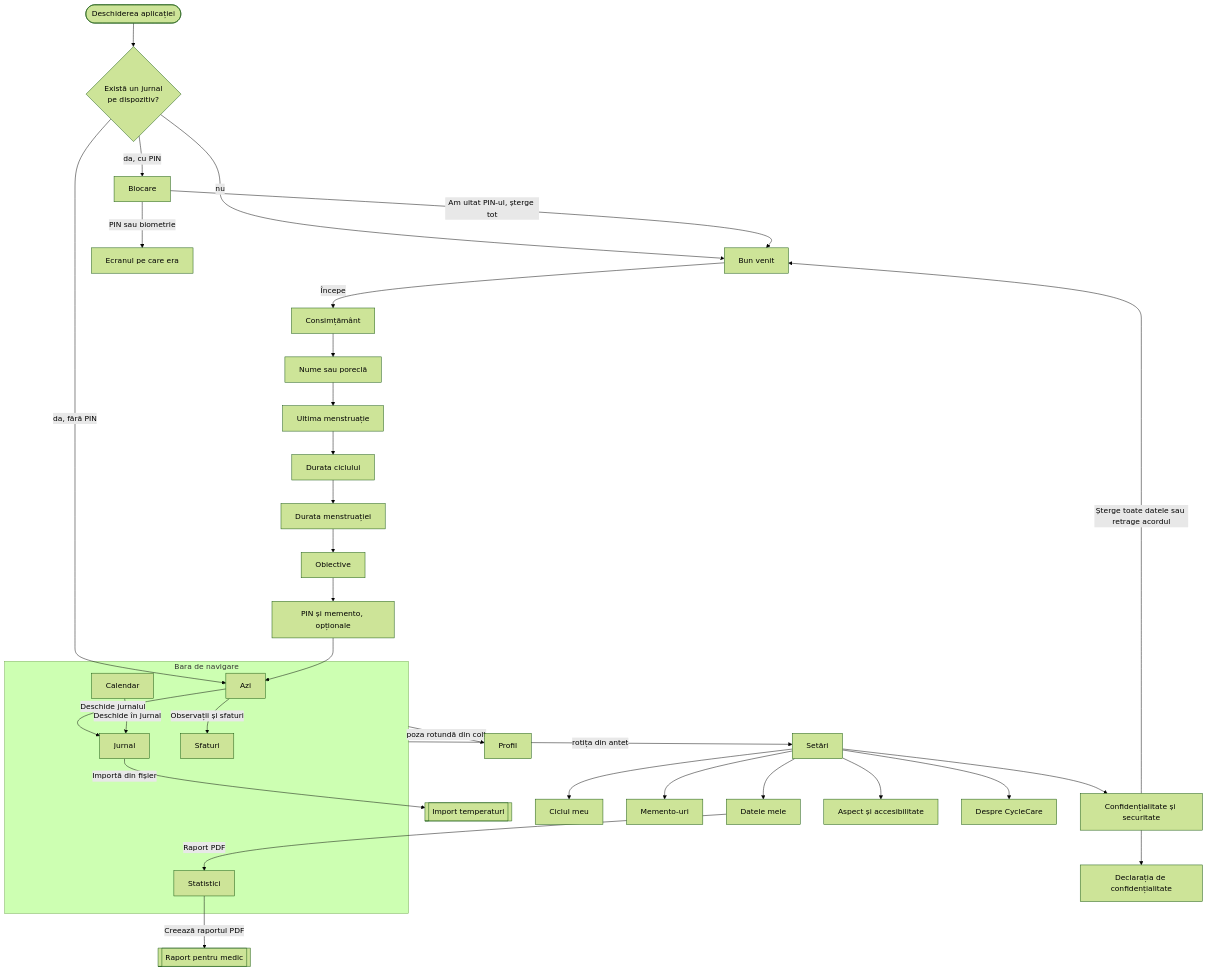
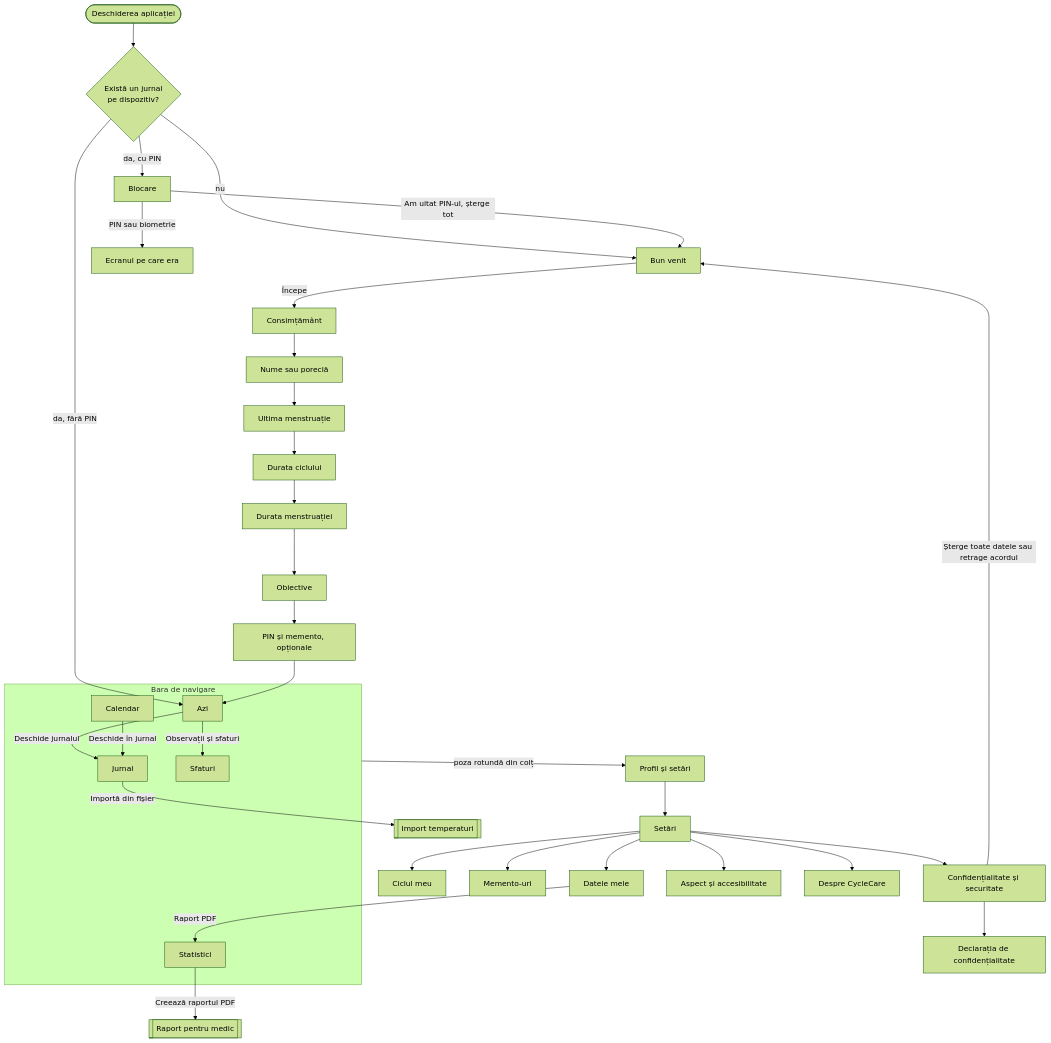
The diagram in cyclecare/docs/01-ecrane-si-navigare.md (GideonNLp/Tutorial), drawn with Mermaid (forest theme) before and after one commit. The commit also changed other lines of this file and 37 other files, not shown here.

````diff
--- a/cyclecare/docs/01-ecrane-si-navigare.md
+++ b/cyclecare/docs/01-ecrane-si-navigare.md
@@ -16,44 +16,44 @@
 ```mermaid
 flowchart TD
     start([Deschiderea aplicației]) --> exista{Există un jurnal<br/>pe dispozitiv?}
     exista -- nu --> welcome[Bun venit]
     exista -- da, cu PIN --> lock[Blocare]
     exista -- da, fără PIN --> today
 
     welcome -- Începe --> consent[Consimțământ]
     consent --> q0[Nume sau poreclă]
     q0 --> q1[Ultima menstruație]
     q1 --> q2[Durata ciclului]
     q2 --> q3[Durata menstruației]
     q3 --> q4[Obiective]
     q4 --> fin[PIN și memento, opționale]
     fin --> today
     lock -- PIN sau biometrie --> back[Ecranul pe care era]
     lock -- Am uitat PIN-ul, șterge tot --> welcome
 
     subgraph tabs [Bara de navigare]
         today[Azi]
         cal[Calendar]
         jur[Jurnal]
         tips[Sfaturi]
         stats[Statistici]
     end
 
     today -- Deschide jurnalul --> jur
     today -- Observații și sfaturi --> tips
     cal -- Deschide în jurnal --> jur
     jur -- Importă din fișier --> imp[[Import temperaturi]]
     stats -- Creează raportul PDF --> pdf[[Raport pentru medic]]
 
-    tabs -- poza rotundă din colț --> prof[Profil]
-    tabs -- rotița din antet --> set[Setări]
+    tabs -- poza rotundă din colț --> prof[Profil și setări]
+    prof --> set[Setări]
     set --> s1[Ciclul meu]
     set --> s2[Memento-uri]
     set --> s3[Confidențialitate și securitate]
     set --> s4[Datele mele]
     set --> s5[Aspect și accesibilitate]
     set --> s6[Despre CycleCare]
     s3 --> pol[Declarația de confidențialitate]
     s3 -- Șterge toate datele sau retrage acordul --> welcome
     s4 -- Raport PDF --> stats
 ```
````
